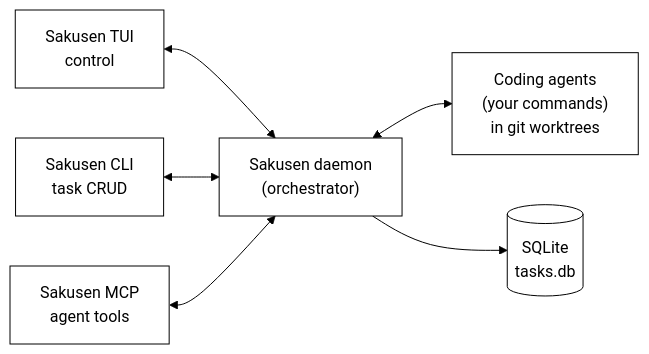
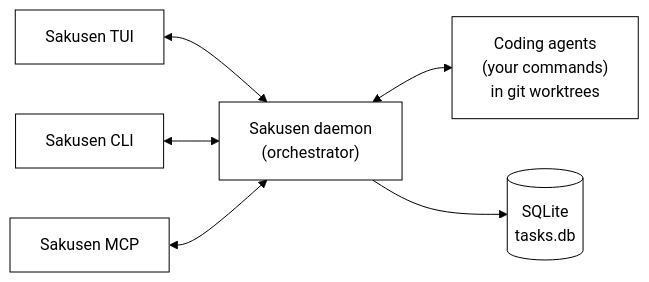
One commit to Bakaface/sakusen changed the diagram in README.md. Above: the diagram before and after it, drawn with Mermaid.

Commit message:
docs: drop sublabels from diagram client blocks

````diff
--- a/README.md
+++ b/README.md
@@ -9,9 +9,9 @@
 ```mermaid
 %%{init: {"theme": "base", "themeVariables": {"primaryColor": "#ffffff", "primaryTextColor": "#000000", "primaryBorderColor": "#000000", "lineColor": "#000000"}}}%%
 flowchart LR
-    tui["Sakusen TUI<br/>control"] <--> daemon["Sakusen daemon<br/>(orchestrator)"]
-    cli["Sakusen CLI<br/>task CRUD"] <--> daemon
-    mcp["Sakusen MCP<br/>agent tools"] <--> daemon
+    tui["Sakusen TUI"] <--> daemon["Sakusen daemon<br/>(orchestrator)"]
+    cli["Sakusen CLI"] <--> daemon
+    mcp["Sakusen MCP"] <--> daemon
     daemon <--> agents["Coding agents<br/>(your commands)<br/>in git worktrees"]
     daemon --> db[("SQLite<br/>tasks.db")]
 ```
````
